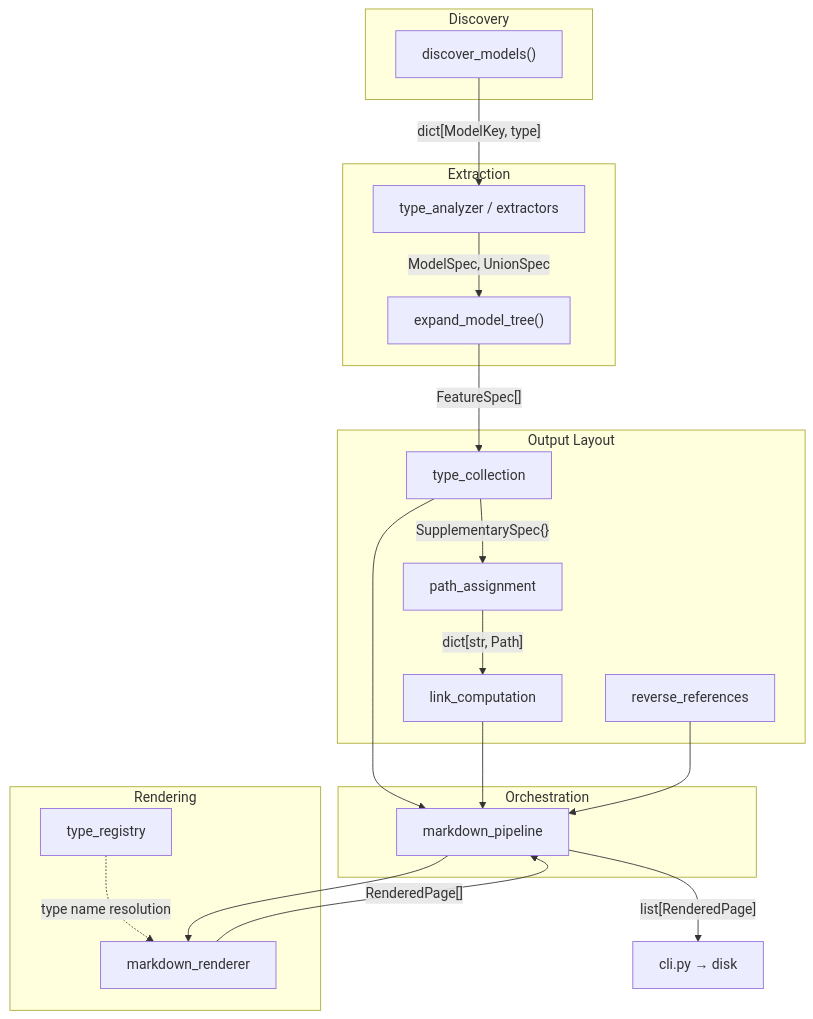
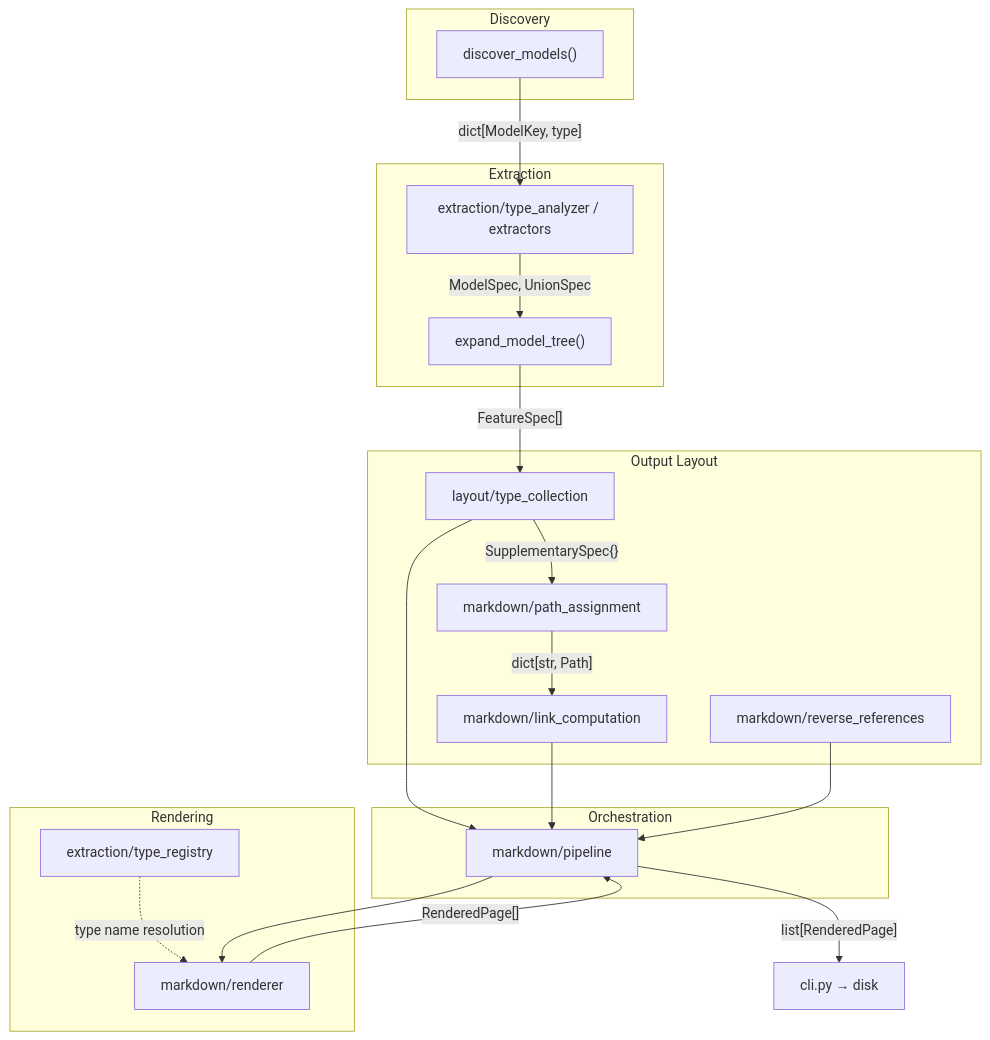
The diagram in packages/overture-schema-codegen/docs/design.md (OvertureMaps/schema), drawn with Mermaid before and after one commit. The commit also changed other lines of this file and 58 other files, not shown here.

````diff
--- a/packages/overture-schema-codegen/docs/design.md
+++ b/packages/overture-schema-codegen/docs/design.md
@@ -68,38 +68,38 @@
 ```mermaid
 graph TD
     subgraph Discovery
         DM["discover_models()"]
     end
 
     DM -->|"dict[ModelKey, type]"| EX
 
     subgraph Extraction
-        EX["type_analyzer / extractors"]
+        EX["extraction/type_analyzer / extractors"]
         EX -->|"ModelSpec, UnionSpec"| TREE["expand_model_tree()"]
     end
 
     TREE -->|"FeatureSpec[]"| OL
 
     subgraph "Output Layout"
-        OL["type_collection"]
-        OL -->|"SupplementarySpec{}"| PA["path_assignment"]
-        PA -->|"dict[str, Path]"| LC["link_computation"]
-        RR["reverse_references"]
+        OL["layout/type_collection"]
+        OL -->|"SupplementarySpec{}"| PA["markdown/path_assignment"]
+        PA -->|"dict[str, Path]"| LC["markdown/link_computation"]
+        RR["markdown/reverse_references"]
     end
 
     subgraph Rendering
-        R["markdown_renderer"]
-        TR["type_registry"] -.->|"type name resolution"| R
+        R["markdown/renderer"]
+        TR["extraction/type_registry"] -.->|"type name resolution"| R
     end
 
     subgraph Orchestration
-        MP["markdown_pipeline"]
+        MP["markdown/pipeline"]
     end
 
     OL --> MP
     LC --> MP
     RR --> MP
     MP --> R
     R -->|"RenderedPage[]"| MP
     MP -->|"list[RenderedPage]"| CLI["cli.py → disk"]
 ```
````
